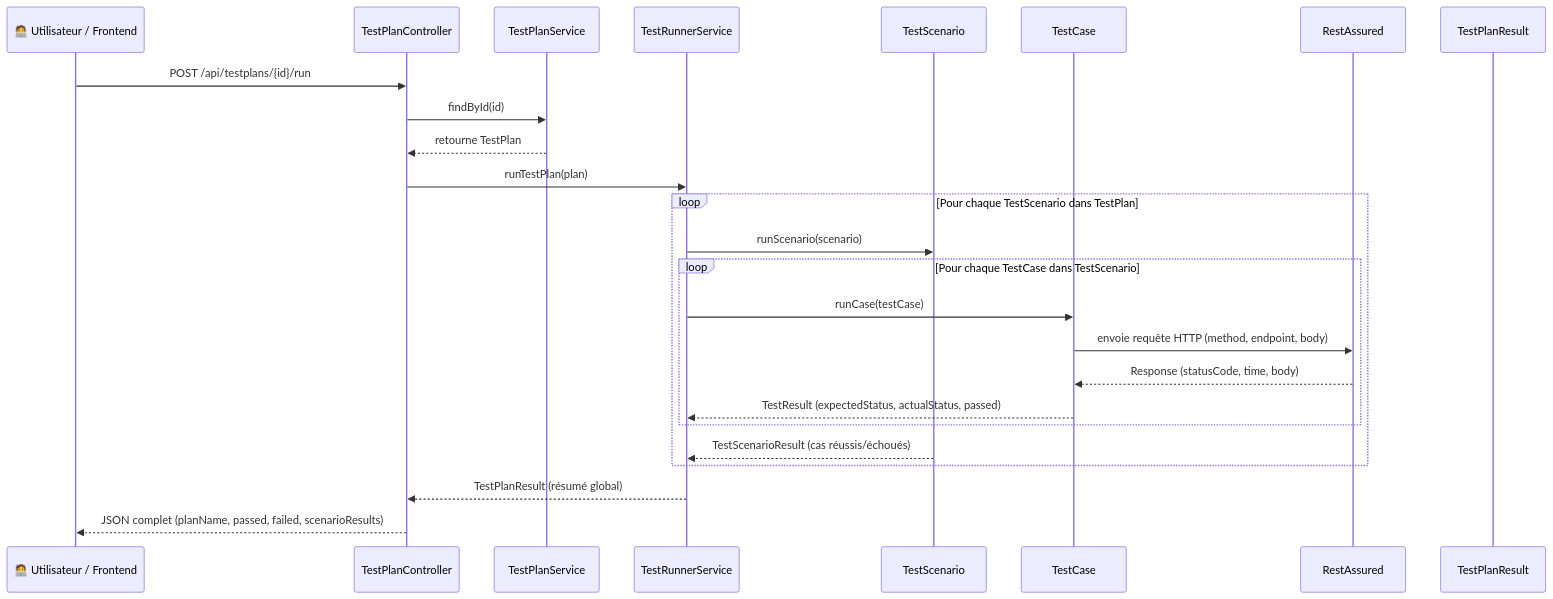
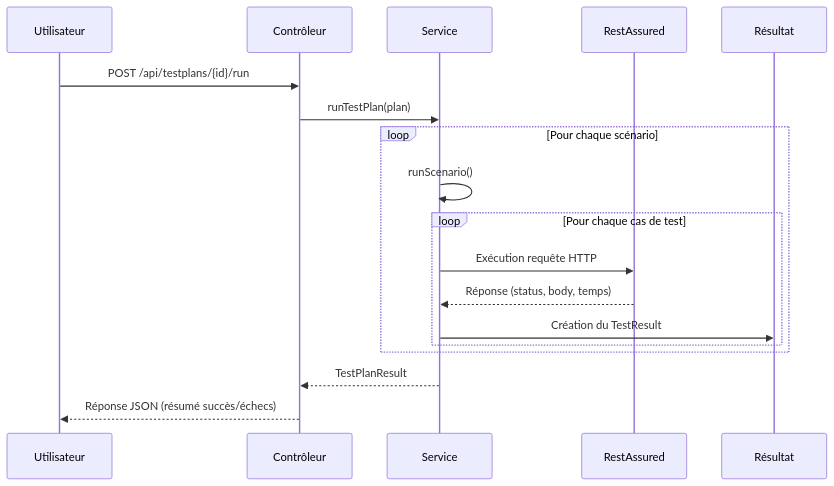
The diagram in testapi-Service/testapi/documentation.md (Automated-Test-Framework/TAF-FALL-2025), drawn with Mermaid before and after one commit. The commit also changed other lines of this file and 8 other files, not shown here.

Commit message:
test(testapi) - add unit tests for testapi and rollback backend project changes since all the logic for rest assured is already included in testapi

````diff
--- a/testapi-Service/testapi/documentation.md
+++ b/testapi-Service/testapi/documentation.md
@@ -78,33 +59,21 @@
 ```mermaid
 sequenceDiagram
-    participant U as 🧑‍💻 Utilisateur / Frontend
-    participant C as TestPlanController
-    participant S as TestPlanService
-    participant R as TestRunnerService
-    participant SC as TestScenario
-    participant TC as TestCase
-    participant RA as RestAssured
-    participant RES as TestPlanResult
+    participant Utilisateur
+    participant Contrôleur
+    participant Service
+    participant RestAssured
+    participant Résultat
 
-    U->>C: POST /api/testplans/{id}/run
-    C->>S: findById(id)
-    S-->>C: retourne TestPlan
-    C->>R: runTestPlan(plan)
-
-    loop Pour chaque TestScenario dans TestPlan
-        R->>SC: runScenario(scenario)
-
-        loop Pour chaque TestCase dans TestScenario
-            R->>TC: runCase(testCase)
-            TC->>RA: envoie requête HTTP (method, endpoint, body)
-            RA-->>TC: Response (statusCode, time, body)
-            TC-->>R: TestResult (expectedStatus, actualStatus, passed)
+    Utilisateur->>Contrôleur: POST /api/testplans/{id}/run
+    Contrôleur->>Service: runTestPlan(plan)
+    loop Pour chaque scénario
+        Service->>Service: runScenario()
+        loop Pour chaque cas de test
+            Service->>RestAssured: Exécution requête HTTP
+            RestAssured-->>Service: Réponse (status, body, temps)
+            Service->>Résultat: Création du TestResult
         end
-
-        SC-->>R: TestScenarioResult (cas réussis/échoués)
     end
-
-    R-->>C: TestPlanResult (résumé global)
-    C-->>U: JSON complet (planName, passed, failed, scenarioResults)
-
+    Service-->>Contrôleur: TestPlanResult
+    Contrôleur-->>Utilisateur: Réponse JSON (résumé succès/échecs)
 ```
````
